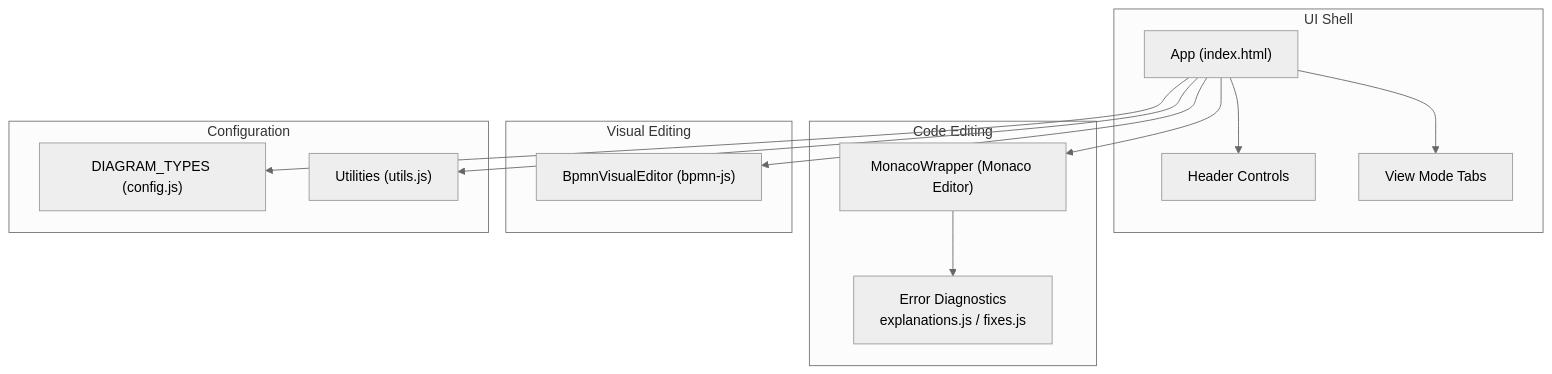
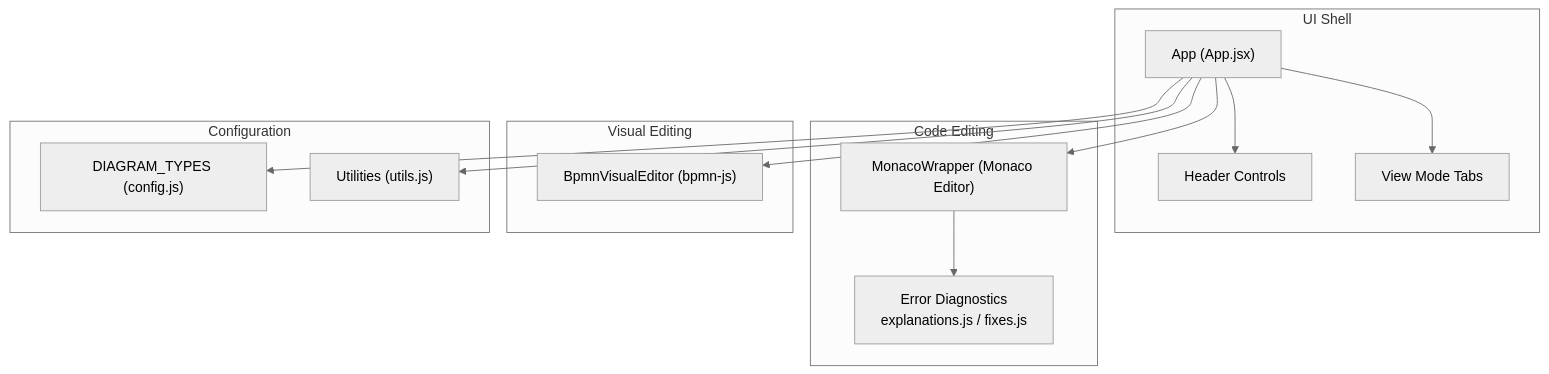
The first of 6 diagrams in .qoder/repowiki/en/content/Diagram Types and Formats/BPMN (Business Process Model and Notation).md (ongchonghian/universal-diagram-editor), drawn with Mermaid (neutral theme) before and after one commit. The commit also changed other lines of this file and 31 other files, not shown here.

````diff
--- a/.qoder/repowiki/en/content/Diagram Types and Formats/BPMN (Business Process Model and Notation).md
+++ b/.qoder/repowiki/en/content/Diagram Types and Formats/BPMN (Business Process Model and Notation).md
@@ -36,26 +36,26 @@
 ```mermaid
 graph TB
 subgraph "UI Shell"
-App["App (index.html)"]
+App["App (App.jsx)"]
 Header["Header Controls"]
 Tabs["View Mode Tabs"]
 end
 subgraph "Code Editing"
 Monaco["MonacoWrapper (Monaco Editor)"]
 Diagnostics["Error Diagnostics<br/>explanations.js / fixes.js"]
 end
 subgraph "Visual Editing"
 BpmnVis["BpmnVisualEditor (bpmn-js)"]
 end
 subgraph "Configuration"
 Config["DIAGRAM_TYPES (config.js)"]
 Utils["Utilities (utils.js)"]
 end
 App --> Header
 App --> Tabs
 App --> Monaco
 App --> BpmnVis
 App --> Config
 App --> Utils
 Monaco --> Diagnostics
 ```
````
